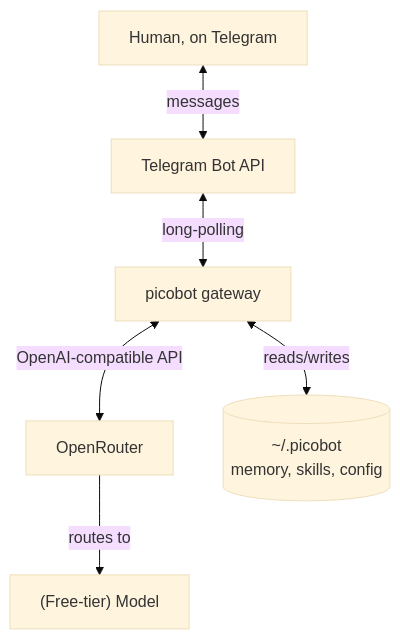
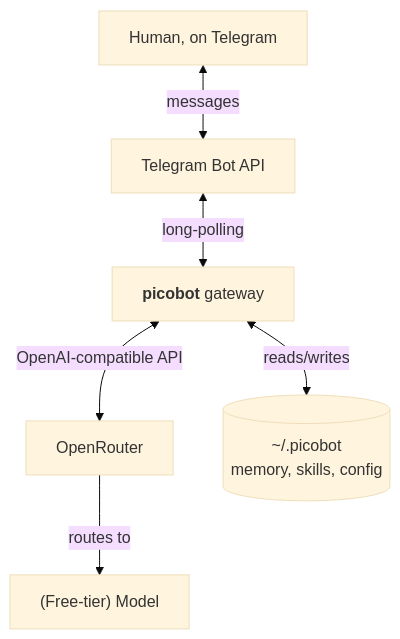
The first of 2 diagrams in content/posts/picobot/index.md (dbjgodbj/dbj_go), drawn with Mermaid (base theme) before and after one commit. The commit also changed other lines of this file, not shown here.

First line of the commit message:
Polish Picobot post: bold mermaid label, title, and copy tweaks

````diff
--- a/content/posts/picobot/index.md
+++ b/content/posts/picobot/index.md
@@ -26,8 +22,8 @@
 ```mermaid
 flowchart
     U[Human, on Telegram] <-->|messages| T[Telegram Bot API]
-    T <-->|long-polling| P[picobot gateway]
+    T <-->|long-polling| P["<b>picobot</b> gateway"]
     P <-->|OpenAI-compatible API| O[OpenRouter]
     O -->|routes to| M["(Free-tier) Model"]
     P <-->|reads/writes| D[("~/.picobot\nmemory, skills, config")]
 ```
````
